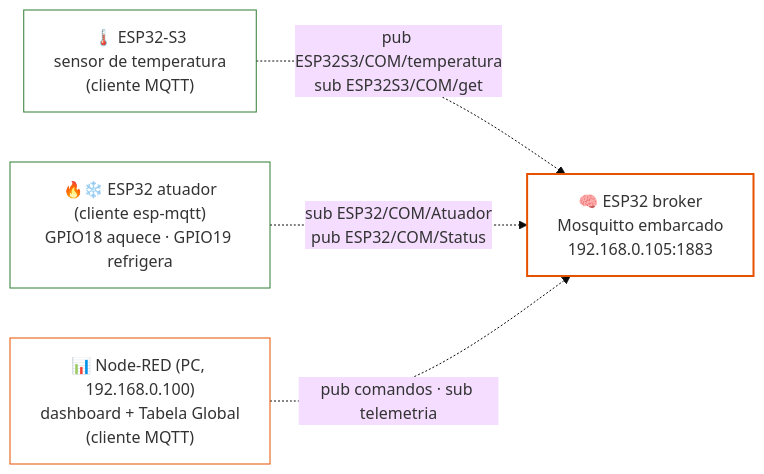
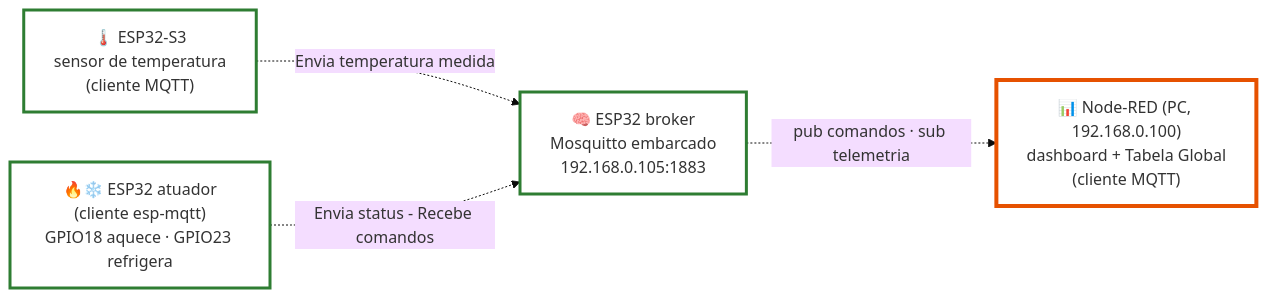
Before and after one commit to Scheeffer/Project_Nexus: the first of 3 diagrams in rede-mqtt/README.md, drawn with Mermaid (base theme). The commit also changed other lines of this file, not shown here.

Commit message:
Revise actuator GPIO and update README structure
Updated the actuator GPIO pin and modified diagram descriptions. Changed project file names for clarity.

````diff
--- a/rede-mqtt/README.md
+++ b/rede-mqtt/README.md
@@ -17,18 +17,17 @@
 ```mermaid
 flowchart LR
     S3["🌡️ ESP32-S3<br/>sensor de temperatura<br/>(cliente MQTT)"]
     BR["🧠 ESP32 broker<br/>Mosquitto embarcado<br/>192.168.0.105:1883"]
-    ACT["🔥❄️ ESP32 atuador<br/>(cliente esp-mqtt)<br/>GPIO18 aquece · GPIO19 refrigera"]
+    ACT["🔥❄️ ESP32 atuador<br/>(cliente esp-mqtt)<br/>GPIO18 aquece · GPIO23 refrigera"]
     NR["📊 Node-RED (PC, 192.168.0.100)<br/>dashboard + Tabela Global<br/>(cliente MQTT)"]
+    S3 -. "Envia temperatura medida" .-> BR
+    ACT -. "Envia status - Recebe comandos" .-> BR
+    BR -. "pub comandos · sub telemetria" .-> NR
 
-    S3 -. "pub ESP32S3/COM/temperatura<br/>sub ESP32S3/COM/get" .-> BR
-    ACT -. "sub ESP32/COM/Atuador<br/>pub ESP32/COM/Status" .-> BR
-    NR -. "pub comandos · sub telemetria" .-> BR
-
-    classDef broker fill:#ffffff,stroke:#e65100,stroke-width:2px;
-    classDef cliente fill:#ffffff,stroke:#2e7d32,stroke-width:1px;
-    classDef central fill:#ffffff,stroke:#e65100,stroke-width:1px;
+    classDef broker fill:#ffffff,stroke:#2e7d32,stroke-width:3px;
+    classDef cliente fill:#ffffff,stroke:#2e7d32,stroke-width:3px;
+    classDef central fill:#ffffff,stroke:#e65100,stroke-width:4px;
     class BR broker;
     class S3,ACT cliente;
     class NR central;
 ```
````
